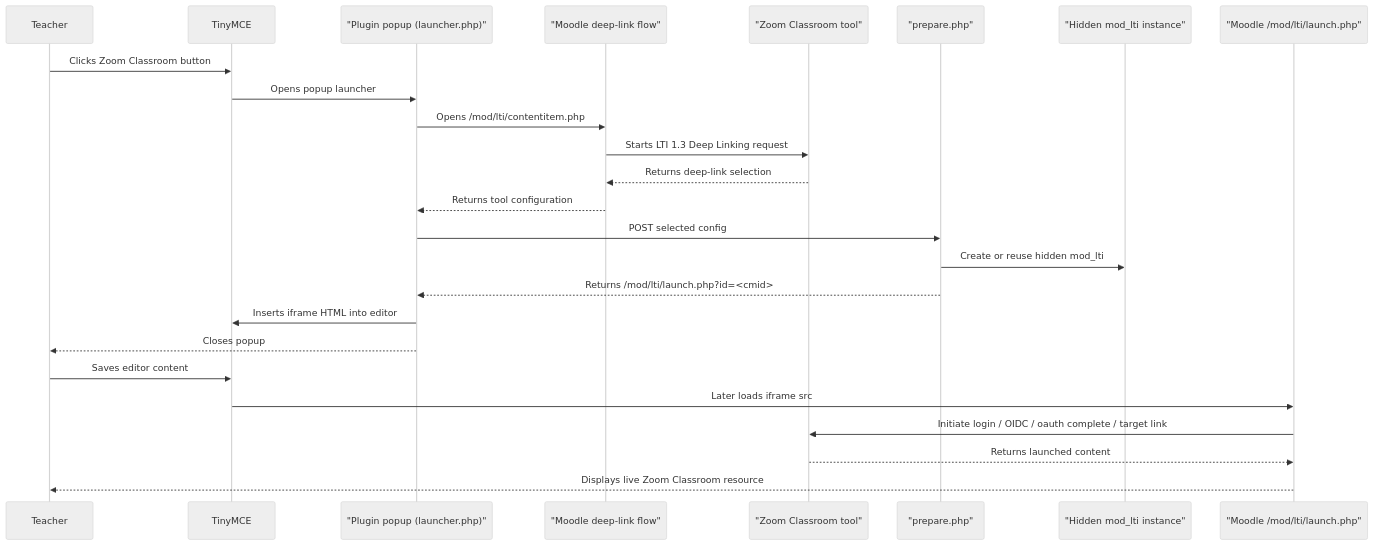
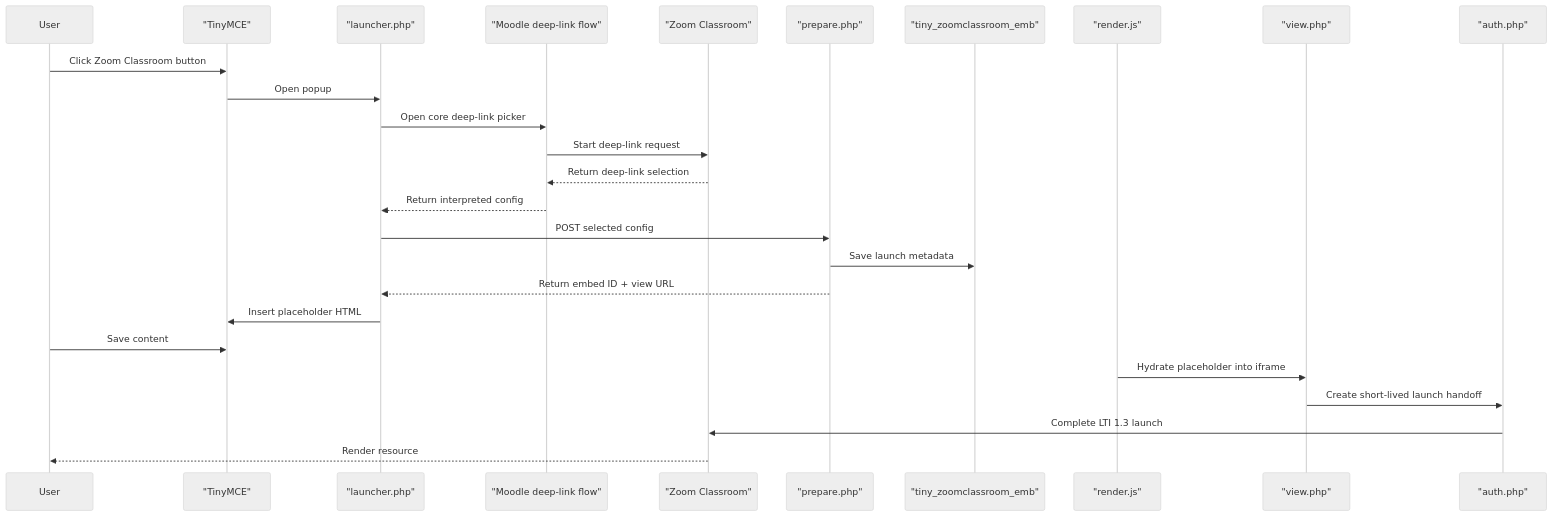
One commit to zoom/zoom-moodle-tinymce-plugin changed the diagram in docs/architecture-and-technical-deep-dive.md. Above: the diagram before and after it, drawn with Mermaid (neutral theme). The commit also changed other lines of this file and 27 other files, not shown here.

Commit message:
Finalize Moodle 5+ Zoom Classroom launch flow

````diff
--- a/docs/architecture-and-technical-deep-dive.md
+++ b/docs/architecture-and-technical-deep-dive.md
@@ -76,28 +154,29 @@
 ```mermaid
 sequenceDiagram
-    participant Teacher
-    participant TinyMCE
-    participant PluginPopup as "Plugin popup (launcher.php)"
+    participant User
+    participant Editor as "TinyMCE"
+    participant Popup as "launcher.php"
     participant MoodleDL as "Moodle deep-link flow"
-    participant Zoom as "Zoom Classroom tool"
+    participant Tool as "Zoom Classroom"
     participant Prepare as "prepare.php"
-    participant Backing as "Hidden mod_lti instance"
-    participant MoodleLaunch as "Moodle /mod/lti/launch.php"
+    participant DB as "tiny_zoomclassroom_emb"
+    participant Render as "render.js"
+    participant View as "view.php"
+    participant Auth as "auth.php"
 
-    Teacher->>TinyMCE: Clicks Zoom Classroom button
-    TinyMCE->>PluginPopup: Opens popup launcher
-    PluginPopup->>MoodleDL: Opens /mod/lti/contentitem.php
-    MoodleDL->>Zoom: Starts LTI 1.3 Deep Linking request
-    Zoom-->>MoodleDL: Returns deep-link selection
-    MoodleDL-->>PluginPopup: Returns tool configuration
-    PluginPopup->>Prepare: POST selected config
-    Prepare->>Backing: Create or reuse hidden mod_lti
-    Prepare-->>PluginPopup: Returns /mod/lti/launch.php?id=<cmid>
-    PluginPopup->>TinyMCE: Inserts iframe HTML into editor
-    PluginPopup-->>Teacher: Closes popup
-    Teacher->>TinyMCE: Saves editor content
-    TinyMCE->>MoodleLaunch: Later loads iframe src
-    MoodleLaunch->>Zoom: Initiate login / OIDC / oauth complete / target link
-    Zoom-->>MoodleLaunch: Returns launched content
-    MoodleLaunch-->>Teacher: Displays live Zoom Classroom resource
+    User->>Editor: Click Zoom Classroom button
+    Editor->>Popup: Open popup
+    Popup->>MoodleDL: Open core deep-link picker
+    MoodleDL->>Tool: Start deep-link request
+    Tool-->>MoodleDL: Return deep-link selection
+    MoodleDL-->>Popup: Return interpreted config
+    Popup->>Prepare: POST selected config
+    Prepare->>DB: Save launch metadata
+    Prepare-->>Popup: Return embed ID + view URL
+    Popup->>Editor: Insert placeholder HTML
+    User->>Editor: Save content
+    Render->>View: Hydrate placeholder into iframe
+    View->>Auth: Create short-lived launch handoff
+    Auth->>Tool: Complete LTI 1.3 launch
+    Tool-->>User: Render resource
 ```
````
